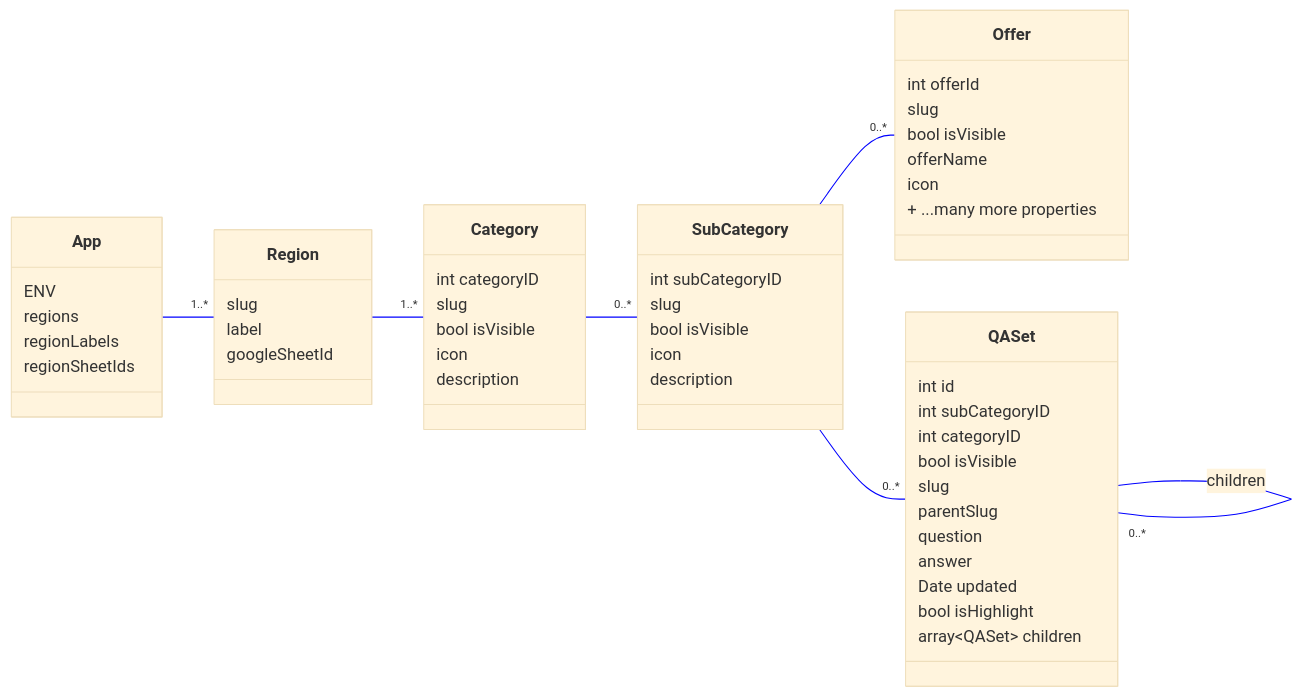
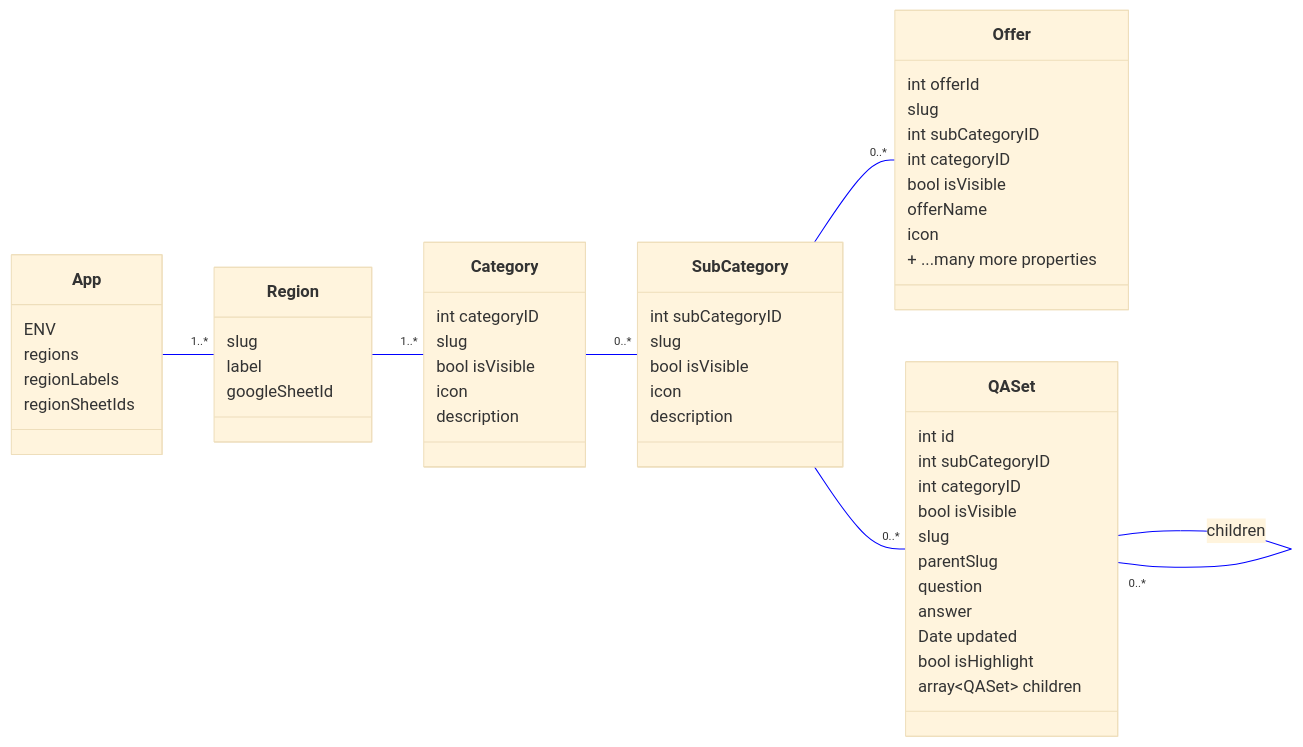
The first of 2 diagrams in README.md (rodekruis/helpful-information), drawn with Mermaid before and after one commit. The commit also changed other lines of this file, not shown here.

````diff
--- a/README.md
+++ b/README.md
@@ -190,64 +190,66 @@
 ```mermaid
 %%{ init:{ 'theme':'base', 'themeVariables':{'lineColor':'blue'} }}%%
 
 classDiagram
   class App {
     ENV
     regions
     regionLabels
     regionSheetIds
   }
 
   class Region {
     slug
     label
     googleSheetId
   }
 
   class Category {
     int categoryID
     slug
     bool isVisible
     icon
     description
   }
 
   class SubCategory {
     int subCategoryID
     slug
     bool isVisible
     icon
     description
   }
 
   class Offer {
     int offerId
     slug
+    int subCategoryID
+    int categoryID
     bool isVisible
     offerName
     icon
     + ...many more properties
   }
 
   class QASet {
     int id
     int subCategoryID
     int categoryID
     bool isVisible
     slug
     parentSlug
     question
     answer
     Date updated
     bool isHighlight
     array~QASet~ children
   }
 
   direction LR
     App -- "1..*" Region
     Region -- "1..*" Category
     Category -- "0..*" SubCategory
     SubCategory -- "0..*" Offer
     SubCategory -- "0..*" QASet
     QASet -- "0..*" QASet : children
 ```
````
